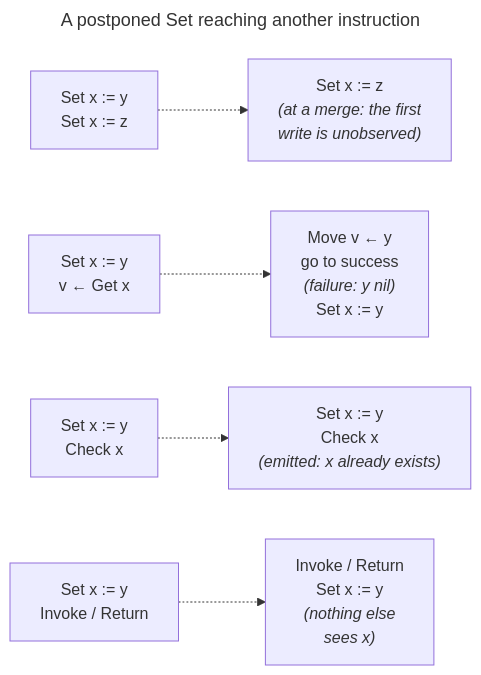
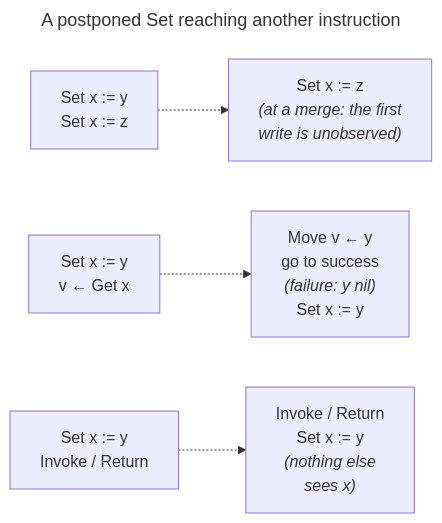
One commit to AvailLang/Avail changed the second of 3 diagrams in avail/doc/Optimization/Level_Two/Variable_elision.md. Above: the diagram before and after it, drawn with Mermaid. The commit also changed other lines of this file and 111 other files, not shown here.

````diff
--- a/avail/doc/Optimization/Level_Two/Variable_elision.md
+++ b/avail/doc/Optimization/Level_Two/Variable_elision.md
@@ -186,17 +181,15 @@
 ```mermaid
 ---
 title: A postponed Set reaching another instruction
 ---
 flowchart LR
  Set["Set x := y<br>Set x := z"]
  Set'["Set x := z<br><i>(at a merge: the first<br>write is unobserved)</i>"]
  Set .-> Set'
  Get["Set x := y<br>v ← Get x"]
  Get'["Move v ← y<br>go to success<br><i>(failure: y nil)</i><br>Set x := y"]
  Get .-> Get'
- Check["Set x := y<br>Check x"]
- Check .-> Check'["Set x := y<br>Check x<br><i>(emitted: x already exists)</i>"]
  Call["Set x := y<br>Invoke / Return"]
  Call'["Invoke / Return<br>Set x := y<br><i>(nothing else<br>sees x)</i>"]
  Call .-> Call'
 ```
````
